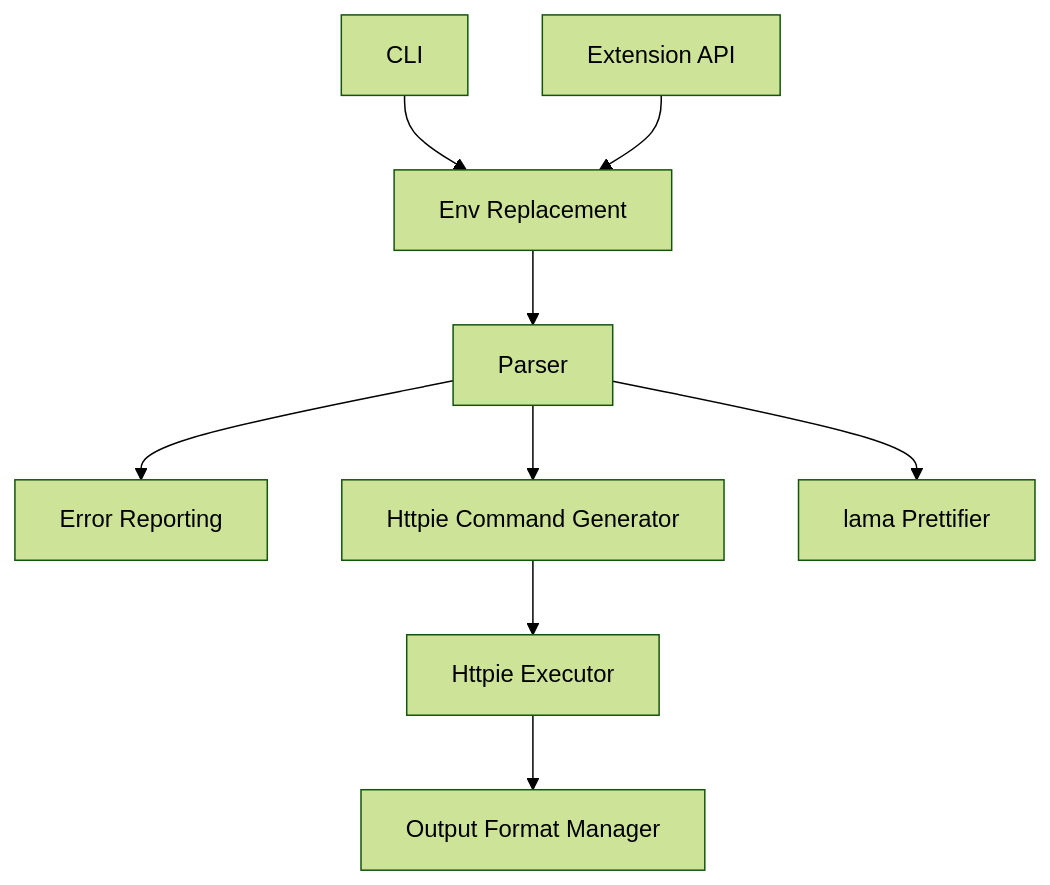
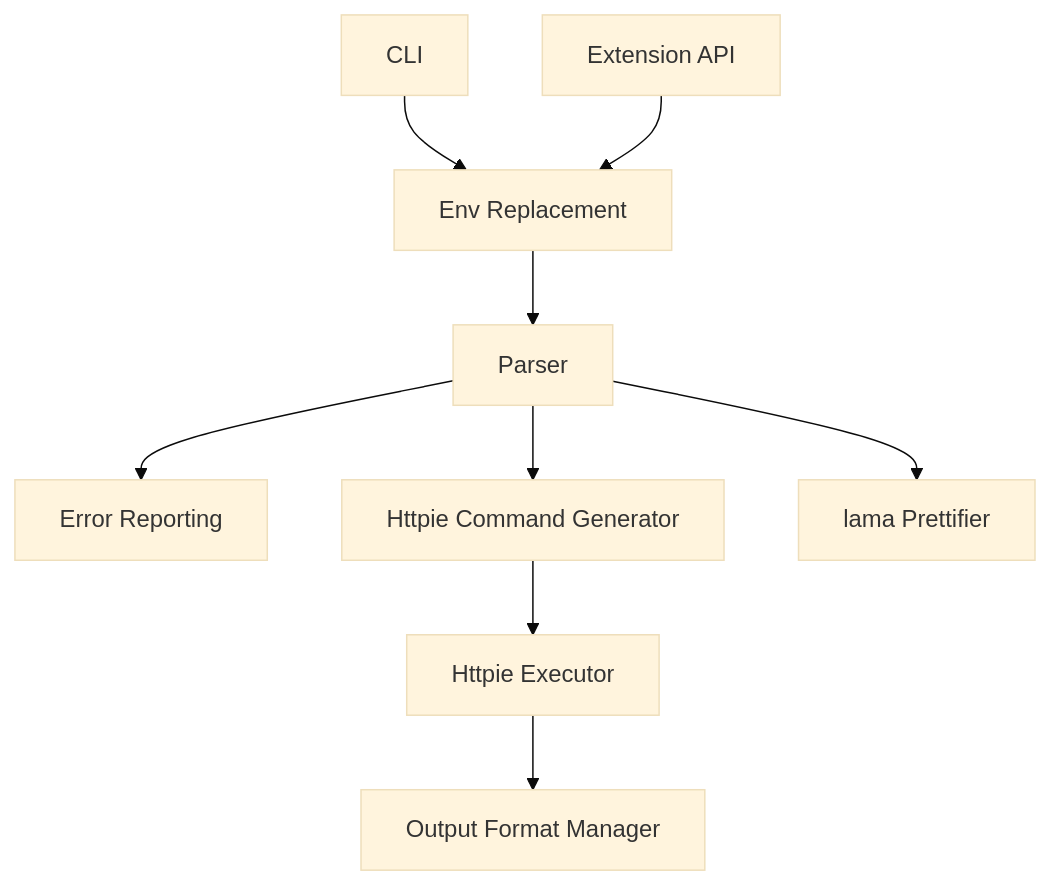
The second of 2 diagrams in README.md (HexmosTech/Lama2), drawn with Mermaid before and after one commit. The commit also changed other lines of this file, not shown here.

Commit message:
Revert to tolerable base theme

````diff
--- a/README.md
+++ b/README.md
@@ -72,21 +72,21 @@
 ```mermaid
-%%{init: {'securityLevel': 'loose', 'theme':'forest'}}%%
+%%{init: {'securityLevel': 'loose', 'theme':'base'}}%%
 graph TD
 	A[CLI]
 	B[Parser]	
 	C[Extension API]
 	D[Httpie Executor]
 	E[Output Format Manager]
 	F[Error Reporting]
 	G[Env Replacement]
 	H[Httpie Command Generator]
 	I[lama Prettifier]
 	A --> G
 	C --> G
 	G --> B
 	B --> F
 	B --> H
 	H --> D
 	D --> E
 	B --> I
 ```
````
